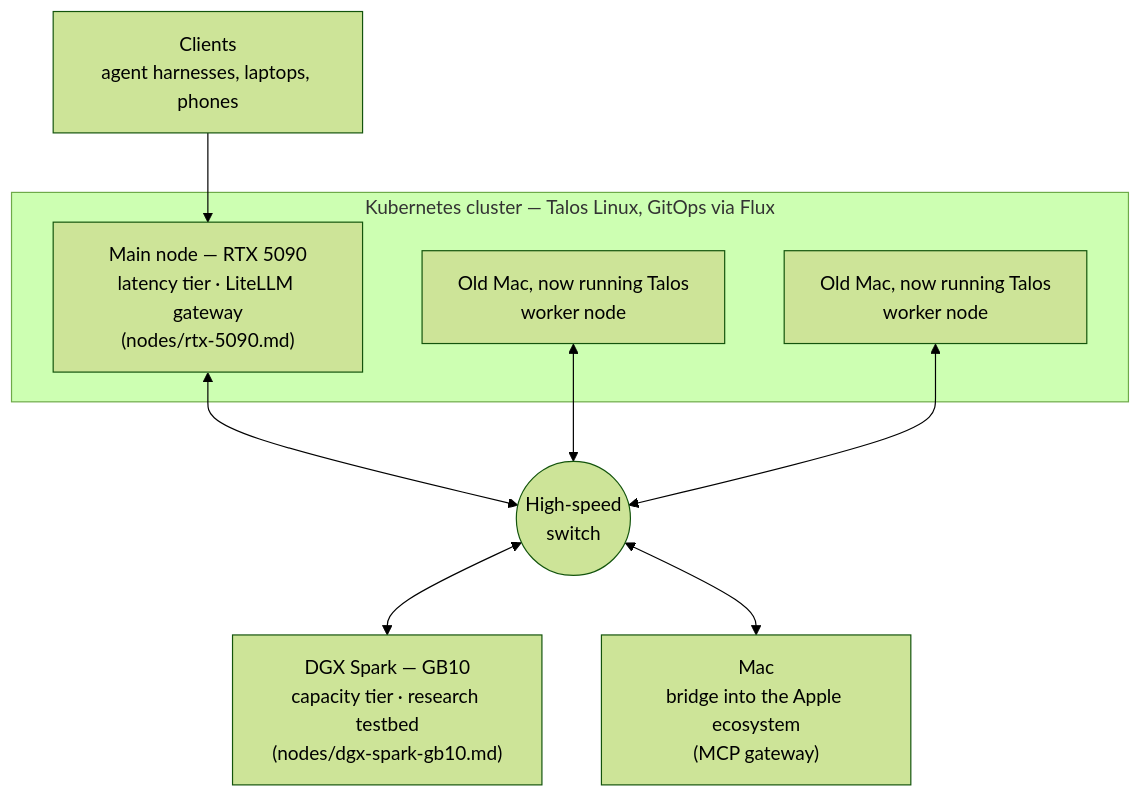
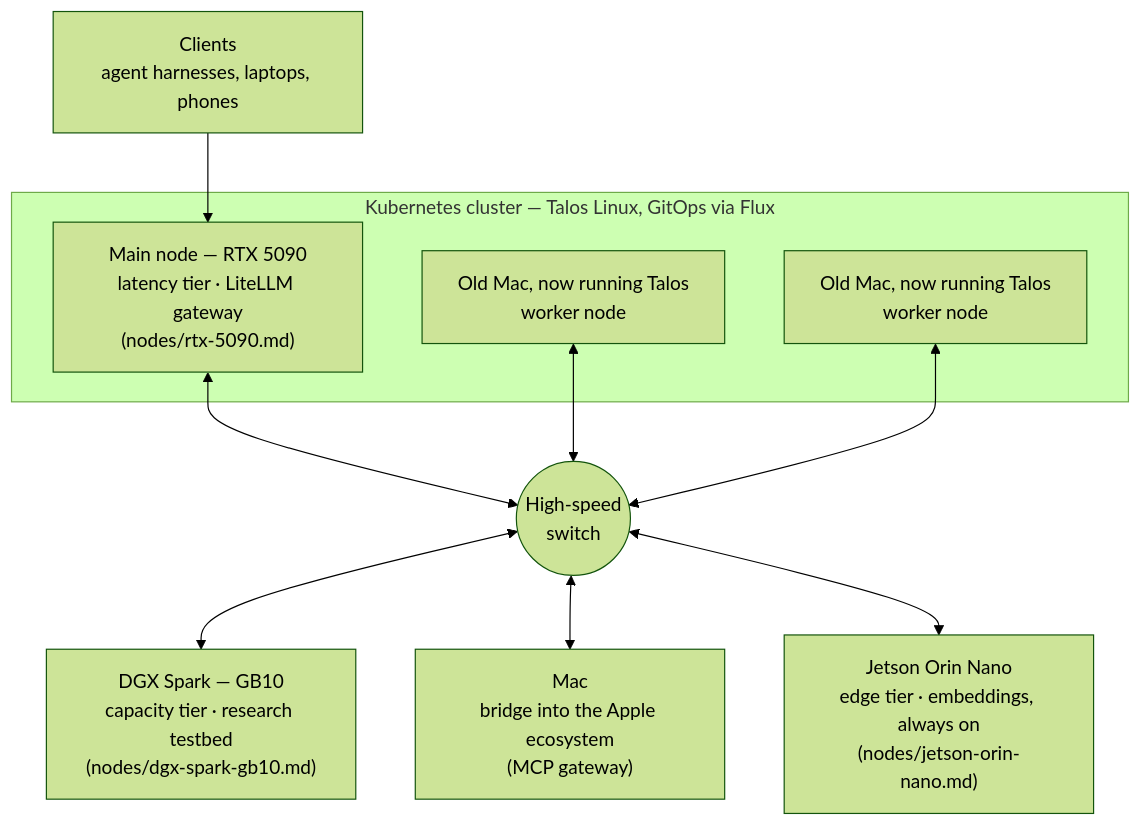
Before and after one commit to TechPrototyper/local-ai-lab: the diagram in nodes/homelab.md, drawn with Mermaid (forest theme). The commit also changed other lines of this file and 1 other file, not shown here.

Commit message:
The topology gains its smallest member: Jetson Orin Nano profile (edge tier — BGE-M3 + nomic embedders, always on; designated OOB-management host) and its place on the switch

````diff
--- a/nodes/homelab.md
+++ b/nodes/homelab.md
@@ -7,23 +7,26 @@
 ```mermaid
 graph TB
     CLIENTS["Clients<br/>agent harnesses, laptops, phones"]
 
     subgraph CLUSTER["Kubernetes cluster — Talos Linux, GitOps via Flux"]
         MAIN["Main node — RTX 5090<br/>latency tier · LiteLLM gateway<br/>(nodes/rtx-5090.md)"]
         W1["Old Mac, now running Talos<br/>worker node"]
         W2["Old Mac, now running Talos<br/>worker node"]
     end
 
     SW(("High-speed<br/>switch"))
 
     SPARK["DGX Spark — GB10<br/>capacity tier · research testbed<br/>(nodes/dgx-spark-gb10.md)"]
 
     MAC["Mac<br/>bridge into the Apple ecosystem<br/>(MCP gateway)"]
 
+    JETSON["Jetson Orin Nano<br/>edge tier · embeddings, always on<br/>(nodes/jetson-orin-nano.md)"]
+
     CLIENTS --> MAIN
     MAIN <--> SW
     W1 <--> SW
     W2 <--> SW
     SW <--> SPARK
     SW <--> MAC
+    SW <--> JETSON
 ```
````
